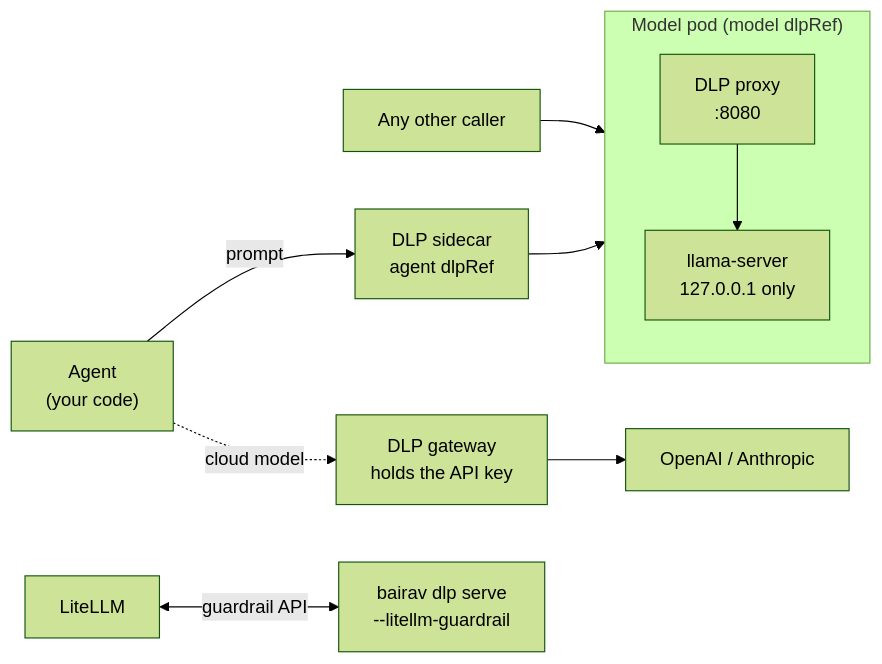
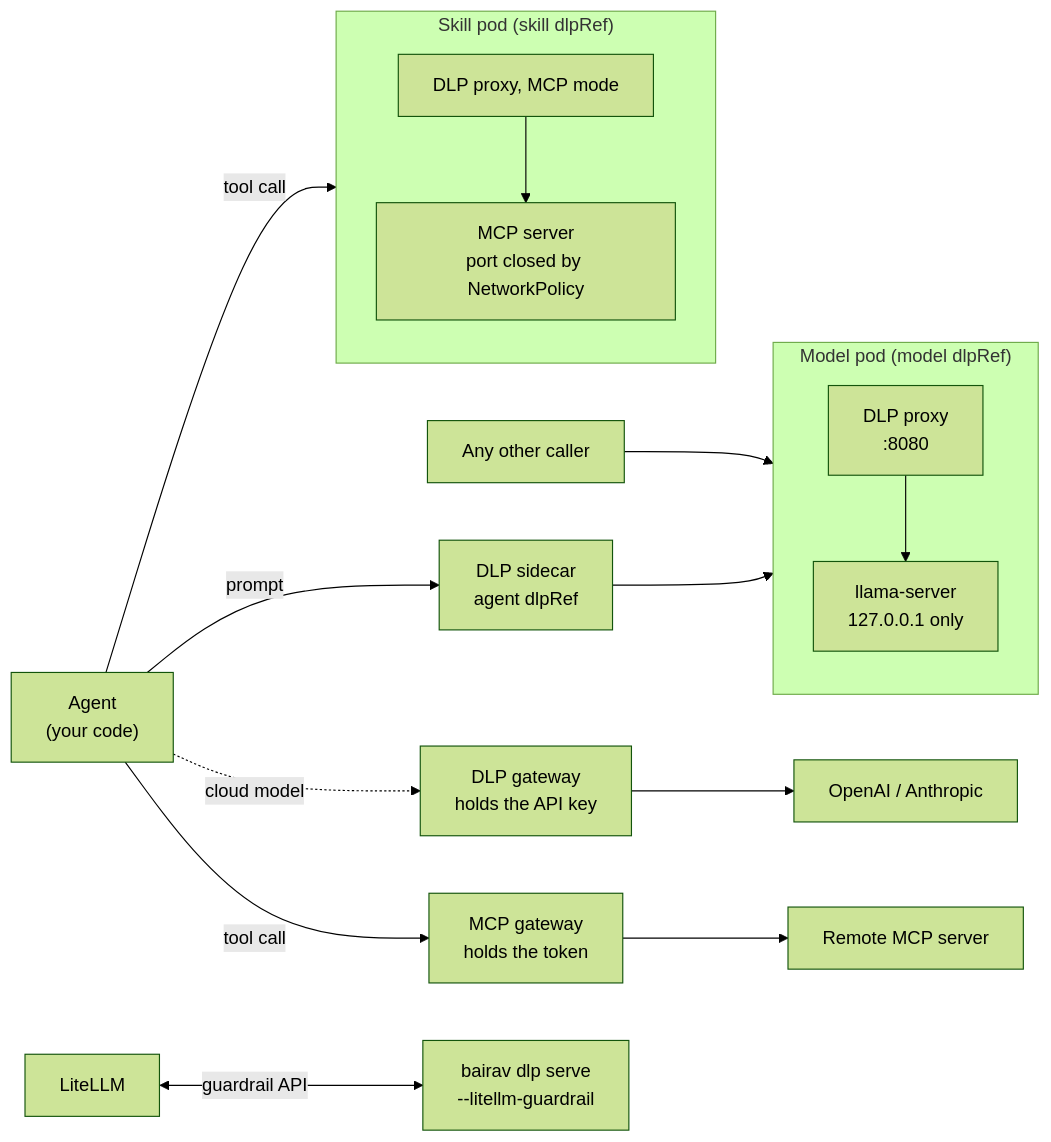
One commit to bairav-foundation/orch-engine changed the diagram in README.md. Above: the diagram before and after it, drawn with Mermaid (forest theme). The commit also changed other lines of this file and 54 other files, not shown here.

````diff
--- a/README.md
+++ b/README.md
@@ -33,11 +33,16 @@
 ```mermaid
 flowchart LR
   agent["Agent<br/>(your code)"] -->|prompt| side["DLP sidecar<br/>agent dlpRef"]
   other["Any other caller"] --> pod
   side --> pod
   subgraph pod ["Model pod (model dlpRef)"]
     dlp["DLP proxy<br/>:8080"] --> llm["llama-server<br/>127.0.0.1 only"]
   end
   agent -.->|cloud model| gw["DLP gateway<br/>holds the API key"] --> cloud["OpenAI / Anthropic"]
+  agent -->|tool call| skill
+  subgraph skill ["Skill pod (skill dlpRef)"]
+    mcpdlp["DLP proxy, MCP mode"] --> mcp["MCP server<br/>port closed by NetworkPolicy"]
+  end
+  agent -->|tool call| rgw["MCP gateway<br/>holds the token"] --> remote["Remote MCP server"]
   litellm["LiteLLM"] <-->|guardrail API| guard["bairav dlp serve<br/>--litellm-guardrail"]
 ```
````
